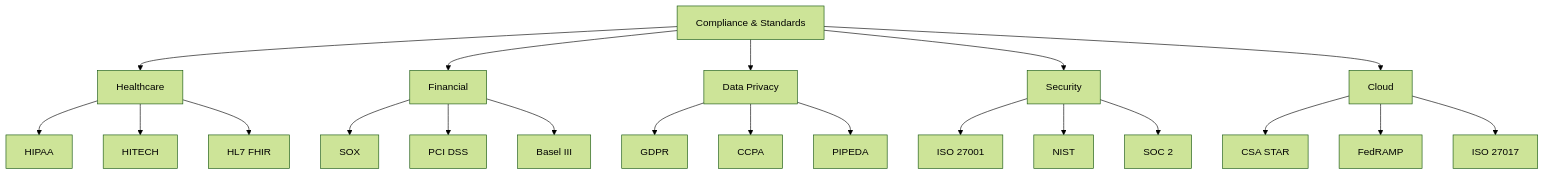
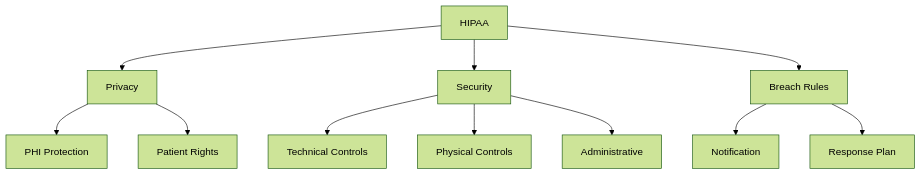
Before and after one commit to jihadajUAEU/bluemeshv2: the eighth of 11 diagrams in layers.md, drawn with Mermaid (forest theme). The commit also changed other lines of this file and 2 other files, not shown here.

````diff
--- a/layers.md
+++ b/layers.md
@@ -182,28 +182,16 @@
 ```mermaid
 graph TD
-    A[Compliance & Standards] --> B[Healthcare]
-    A --> C[Financial]
-    A --> D[Data Privacy]
-    A --> E[Security]
-    A --> F[Cloud]
+    A[HIPAA] --> B[Privacy]
+    A --> C[Security]
+    A --> D[Breach Rules]
     
-    B --> B1[HIPAA]
-    B --> B2[HITECH]
-    B --> B3[HL7 FHIR]
+    B --> E[PHI Protection]
+    B --> F[Patient Rights]
     
-    C --> C1[SOX]
-    C --> C2[PCI DSS]
-    C --> C3[Basel III]
+    C --> G[Technical Controls]
+    C --> H[Physical Controls]
+    C --> I[Administrative]
     
-    D --> D1[GDPR]
-    D --> D2[CCPA]
-    D --> D3[PIPEDA]
-    
-    E --> E1[ISO 27001]
-    E --> E2[NIST]
-    E --> E3[SOC 2]
-    
-    F --> F1[CSA STAR]
-    F --> F2[FedRAMP]
-    F --> F3[ISO 27017]
+    D --> J[Notification]
+    D --> K[Response Plan]
 ```
````
